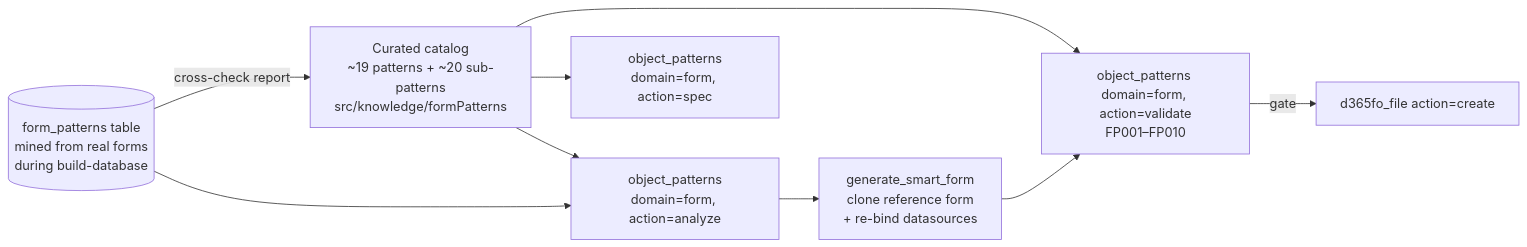
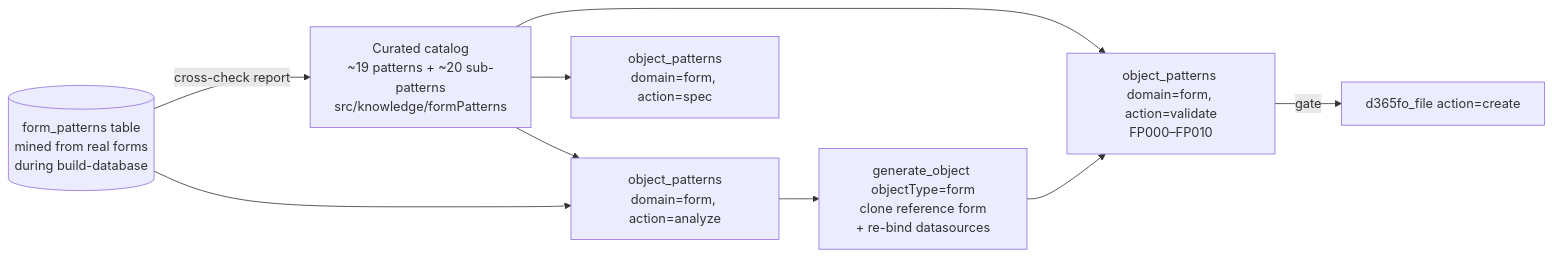
One commit to dynamics365ninja/d365fo-mcp-server changed the third of 5 diagrams in docs/ARCHITECTURE.md. Above: the diagram before and after it, drawn with Mermaid. The commit also changed other lines of this file and 3 other files, not shown here.

First line of the commit message:
docs: correct architecture drift — the bridge is not the sole write path

````diff
--- a/docs/ARCHITECTURE.md
+++ b/docs/ARCHITECTURE.md
@@ -102,11 +102,11 @@
 ```mermaid
 flowchart LR
     CAT["Curated catalog\n~19 patterns + ~20 sub-patterns\nsrc/knowledge/formPatterns"] --> ADV[object_patterns\ndomain=form, action=analyze]
     CAT --> SPEC[object_patterns\ndomain=form, action=spec]
-    CAT --> VAL[object_patterns domain=form, action=validate\nFP001–FP010]
+    CAT --> VAL[object_patterns domain=form, action=validate\nFP000–FP010]
     MINE[("form_patterns table\nmined from real forms\nduring build-database")] --> ADV
     MINE -->|cross-check report| CAT
-    ADV --> GEN["generate_smart_form\nclone reference form\n+ re-bind datasources"]
+    ADV --> GEN["generate_object objectType=form\nclone reference form\n+ re-bind datasources"]
     GEN --> VAL
     VAL -->|gate| WRITE[d365fo_file action=create]
 ```
````
